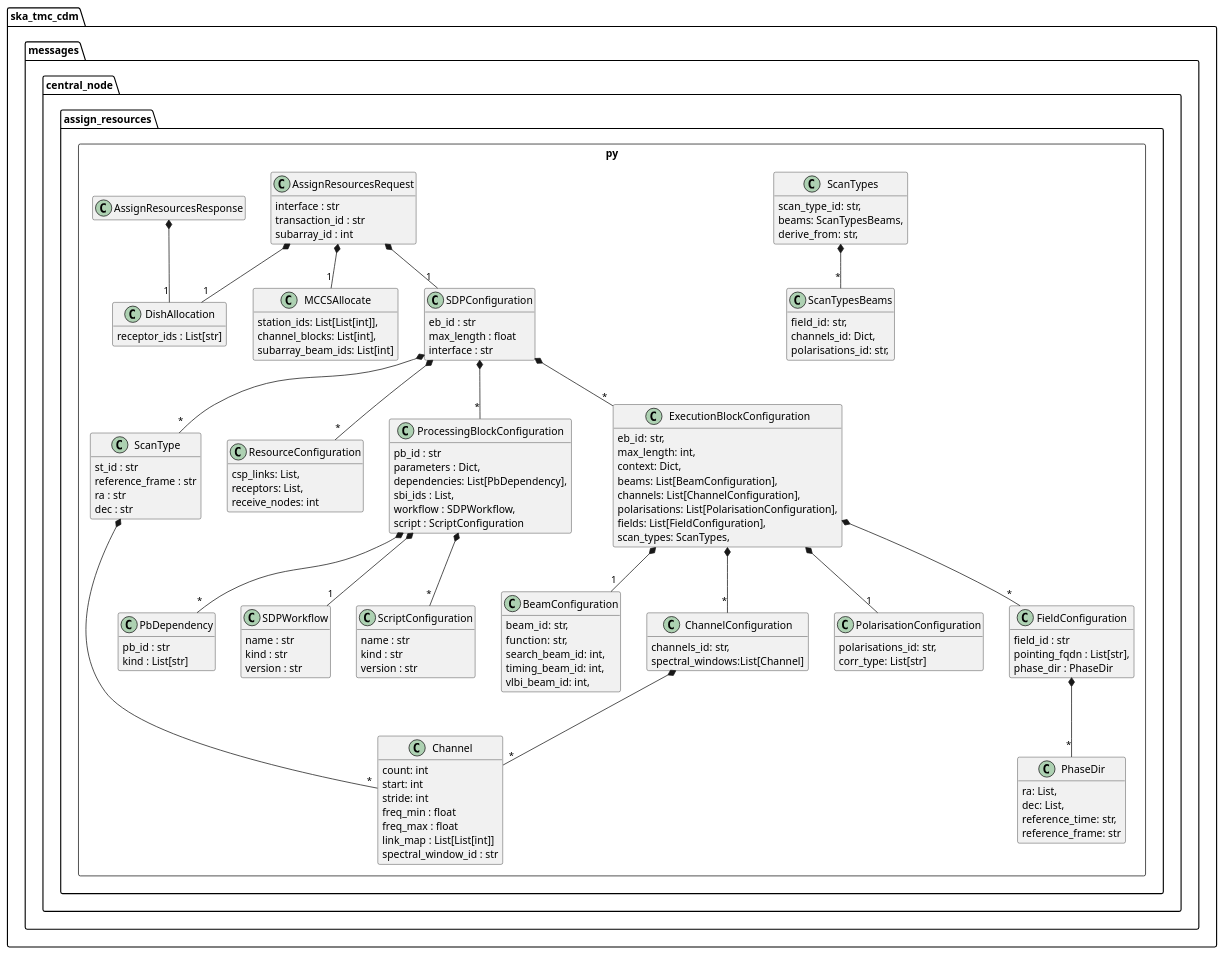
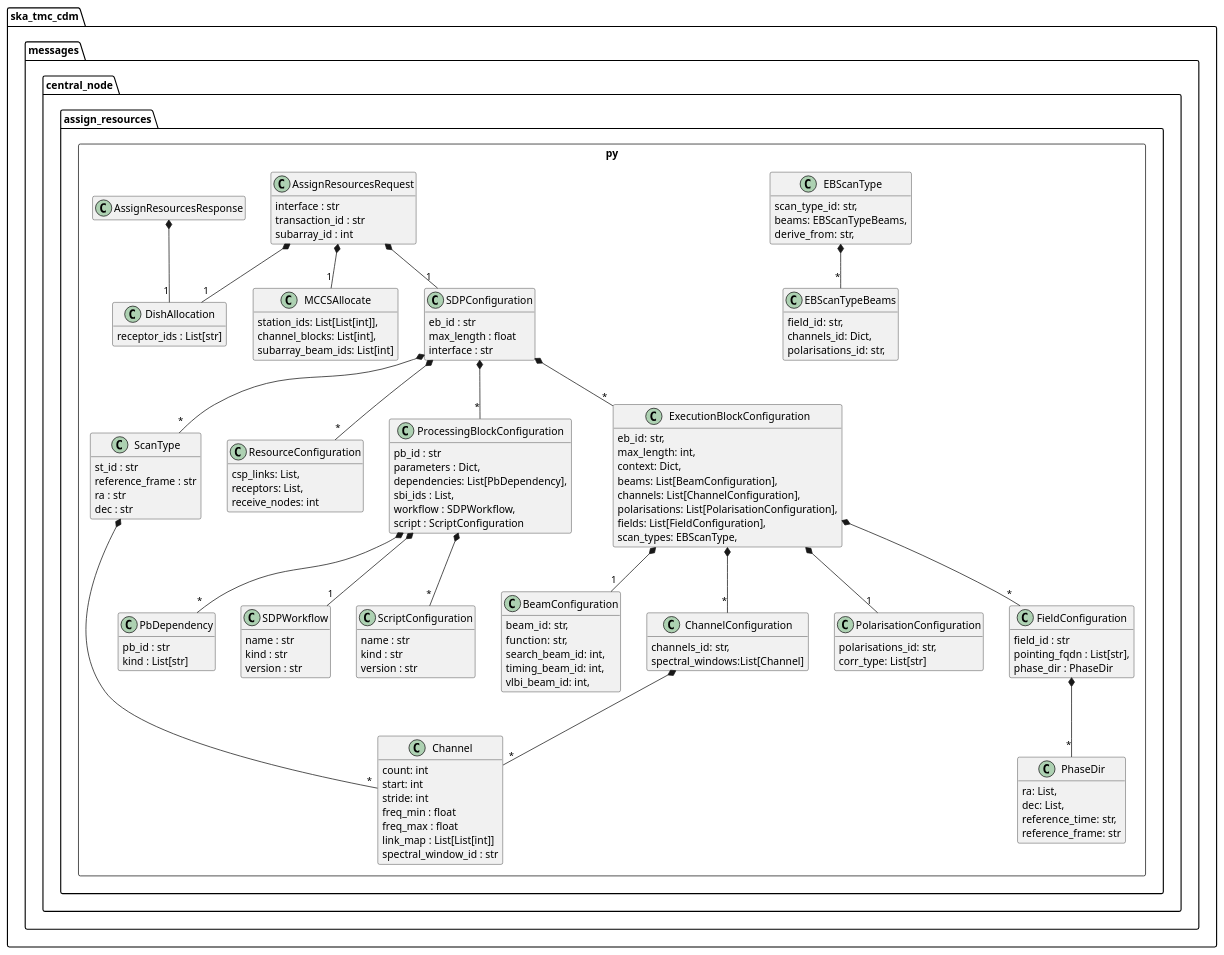
Before and after one commit to ska-telescope/cdm-shared-library: the diagram in docs/src/developer/centralnode/assignresources.puml, drawn with PlantUML. The commit also changed 7 other files, not shown here.

Commit message:
NAK-111 Renamed ScanTypes to EBScanType and ScanTypesBeams to EBScanTypeBeams

```diff
--- a/docs/src/developer/centralnode/assignresources.puml
+++ b/docs/src/developer/centralnode/assignresources.puml
@@ -1,153 +1,153 @@
 @startuml
 hide empty members
 
 package ska_tmc_cdm.messages.central_node {
     package assign_resources.py <<Rectangle>> {
         class DishAllocation {
             receptor_ids : List[str]
         }
 
         class MCCSAllocate {
             station_ids: List[List[int]],
             channel_blocks: List[int],
             subarray_beam_ids: List[int]
         }
 
         class Channel {
             count: int
             start: int
             stride: int
             freq_min : float
             freq_max : float
             link_map : List[List[int]]
             spectral_window_id : str
         }
 
         class ScanType {
             st_id : str
             reference_frame : str
             ra : str
             dec : str
         }
         ScanType *-- "*" Channel
 
         class PbDependency {
             pb_id : str
             kind : List[str]
         }
          class ResourceConfiguration {
             csp_links: List, 
             receptors: List,
             receive_nodes: int
         }
 
         class PhaseDir {
             ra: List,
             dec: List, 
             reference_time: str, 
             reference_frame: str
         }
         class BeamConfiguration {
             beam_id: str,
             function: str,
             search_beam_id: int,
             timing_beam_id: int,
             vlbi_beam_id: int,
         }
         class ChannelConfiguration {
             channels_id: str,
             spectral_windows:List[Channel] 
         }
         ChannelConfiguration  *-- "*" Channel
 
         class PolarisationConfiguration {
             polarisations_id: str,
             corr_type: List[str]  
         }
-        class ScanTypesBeams {
+        class EBScanTypeBeams {
             field_id: str,
             channels_id: Dict, 
             polarisations_id: str, 
         }
-        class ScanTypes {
+        class EBScanType {
             scan_type_id: str,
-            beams: ScanTypesBeams, 
+            beams: EBScanTypeBeams,
             derive_from: str, 
         }
-        ScanTypes  *-- "*" ScanTypesBeams
+        EBScanType  *-- "*" EBScanTypeBeams
 
         class FieldConfiguration {
             field_id : str
             pointing_fqdn : List[str],
             phase_dir : PhaseDir
         }
 
         FieldConfiguration  *-- "*" PhaseDir
 
         class SDPWorkflow {
             name : str
             kind : str
             version : str
         }
         
         class ScriptConfiguration {
             name : str
             kind : str
             version : str
         }
 
         class ProcessingBlockConfiguration {
             pb_id : str
             parameters : Dict,
             dependencies: List[PbDependency],
             sbi_ids : List,
             workflow : SDPWorkflow,
             script : ScriptConfiguration
         }
         ProcessingBlockConfiguration  *-- "1" SDPWorkflow
         ProcessingBlockConfiguration  *-- "*" PbDependency
         ProcessingBlockConfiguration  *-- "*" ScriptConfiguration
 
         class ExecutionBlockConfiguration {
             eb_id: str,
             max_length: int,
             context: Dict,
             beams: List[BeamConfiguration],
             channels: List[ChannelConfiguration],
             polarisations: List[PolarisationConfiguration],
             fields: List[FieldConfiguration],
-            scan_types: ScanTypes,
+            scan_types: EBScanType,
         }
 
         ExecutionBlockConfiguration  *-- "1" BeamConfiguration
         ExecutionBlockConfiguration  *-- "*" ChannelConfiguration
         ExecutionBlockConfiguration  *-- "1" PolarisationConfiguration
         ExecutionBlockConfiguration  *-- "*" FieldConfiguration
 
 
         class SDPConfiguration {
             eb_id : str
             max_length : float
             interface : str
         }
         SDPConfiguration *-- "*" ScanType
         SDPConfiguration *-- "*" ProcessingBlockConfiguration
         SDPConfiguration *-- "*" ExecutionBlockConfiguration
         SDPConfiguration *-- "*" ResourceConfiguration
 
         class AssignResourcesRequest {
             interface : str
             transaction_id : str
             subarray_id : int
         }
 
         AssignResourcesRequest *-- "1" DishAllocation
         AssignResourcesRequest *-- "1" MCCSAllocate
         AssignResourcesRequest *-- "1" SDPConfiguration
 
         class AssignResourcesResponse
         AssignResourcesResponse *-- "1" DishAllocation
 	}
 }
 
 @enduml
```
